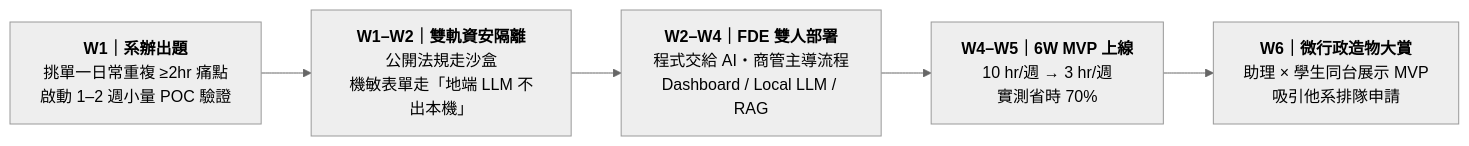
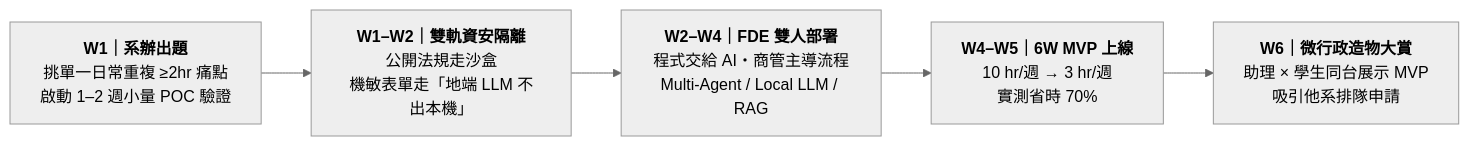
One commit to nutcelvischen-jpg/nutc-ai-open-door changed the third of 4 diagrams in README.md. Above: the diagram before and after it, drawn with Mermaid (neutral theme). The commit also changed other lines of this file and 2 other files, not shown here.

Commit message:
refactor: replace overused 2D dashboards with Multi-Agent cross-system business & multilingual automation

````diff
--- a/README.md
+++ b/README.md
@@ -98,10 +98,10 @@
 ```mermaid
 flowchart LR
     S1["<b>W1｜系辦出題</b><br/>挑單一日常重複 ≥2hr 痛點<br/>啟動 1–2 週小量 POC 驗證"]
     S2["<b>W1–W2｜雙軌資安隔離</b><br/>公開法規走沙盒<br/>機敏表單走「地端 LLM 不出本機」"]
-    S3["<b>W2–W4｜FDE 雙人部署</b><br/>程式交給 AI・商管主導流程<br/>Dashboard / Local LLM / RAG"]
+    S3["<b>W2–W4｜FDE 雙人部署</b><br/>程式交給 AI・商管主導流程<br/>Multi-Agent / Local LLM / RAG"]
     S4["<b>W4–W5｜6W MVP 上線</b><br/>10 hr/週 → 3 hr/週<br/>實測省時 70%"]
     S5["<b>W6｜微行政造物大賞</b><br/>助理 × 學生同台展示 MVP<br/>吸引他系排隊申請"]
 
     S1 --> S2 --> S3 --> S4 --> S5
 ```
````
